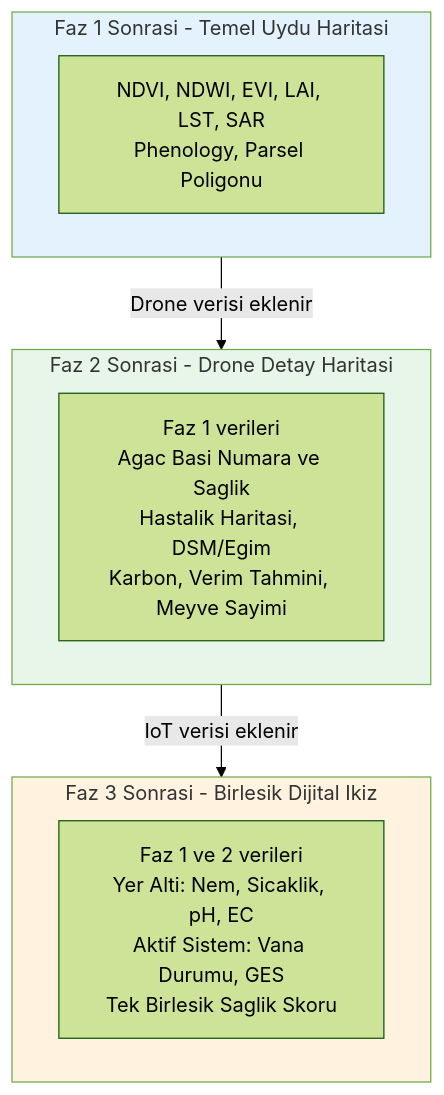
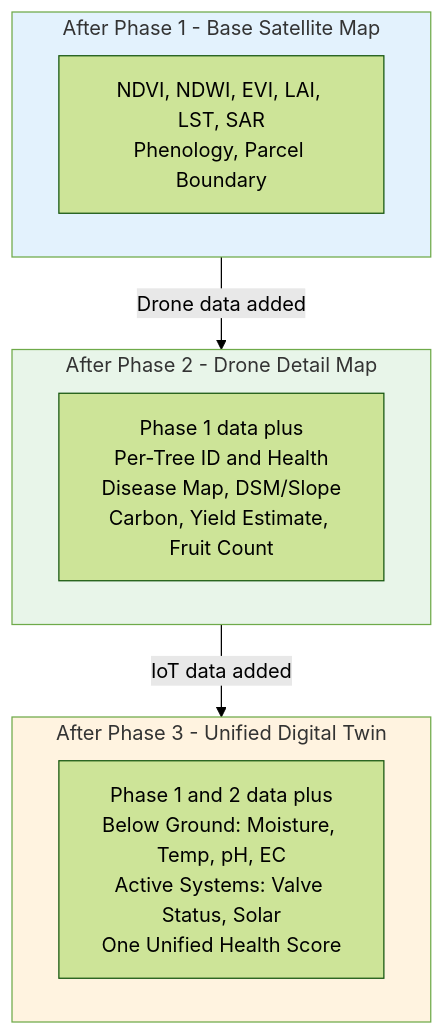
The eighth of 8 diagrams in README.md (hhalilikurnaz/griOS-Telemetry-System), drawn with Mermaid (forest theme) before and after one commit. The commit also changed other lines of this file, not shown here.

````diff
--- a/README.md
+++ b/README.md
@@ -367,18 +484,18 @@
 ```mermaid
 flowchart TB
-    subgraph F1["Faz 1 Sonrasi - Temel Uydu Haritasi"]
-        L1["NDVI, NDWI, EVI, LAI, LST, SAR<br/>Phenology, Parsel Poligonu"]
+    subgraph F1["After Phase 1 - Base Satellite Map"]
+        L1["NDVI, NDWI, EVI, LAI, LST, SAR<br/>Phenology, Parcel Boundary"]
     end
-    subgraph F2["Faz 2 Sonrasi - Drone Detay Haritasi"]
-        L2["Faz 1 verileri<br/>Agac Basi Numara ve Saglik<br/>Hastalik Haritasi, DSM/Egim<br/>Karbon, Verim Tahmini, Meyve Sayimi"]
+    subgraph F2["After Phase 2 - Drone Detail Map"]
+        L2["Phase 1 data plus<br/>Per-Tree ID and Health<br/>Disease Map, DSM/Slope<br/>Carbon, Yield Estimate, Fruit Count"]
     end
-    subgraph F3["Faz 3 Sonrasi - Birlesik Dijital Ikiz"]
-        L3["Faz 1 ve 2 verileri<br/>Yer Alti: Nem, Sicaklik, pH, EC<br/>Aktif Sistem: Vana Durumu, GES<br/>Tek Birlesik Saglik Skoru"]
+    subgraph F3["After Phase 3 - Unified Digital Twin"]
+        L3["Phase 1 and 2 data plus<br/>Below Ground: Moisture, Temp, pH, EC<br/>Active Systems: Valve Status, Solar<br/>One Unified Health Score"]
     end
-    F1 -->|Drone verisi eklenir| F2
-    F2 -->|IoT verisi eklenir| F3
+    F1 -->|Drone data added| F2
+    F2 -->|IoT data added| F3
 
     style F1 fill:#e3f2fd
     style F2 fill:#e8f5e9
     style F3 fill:#fff3e0
 ```
````
